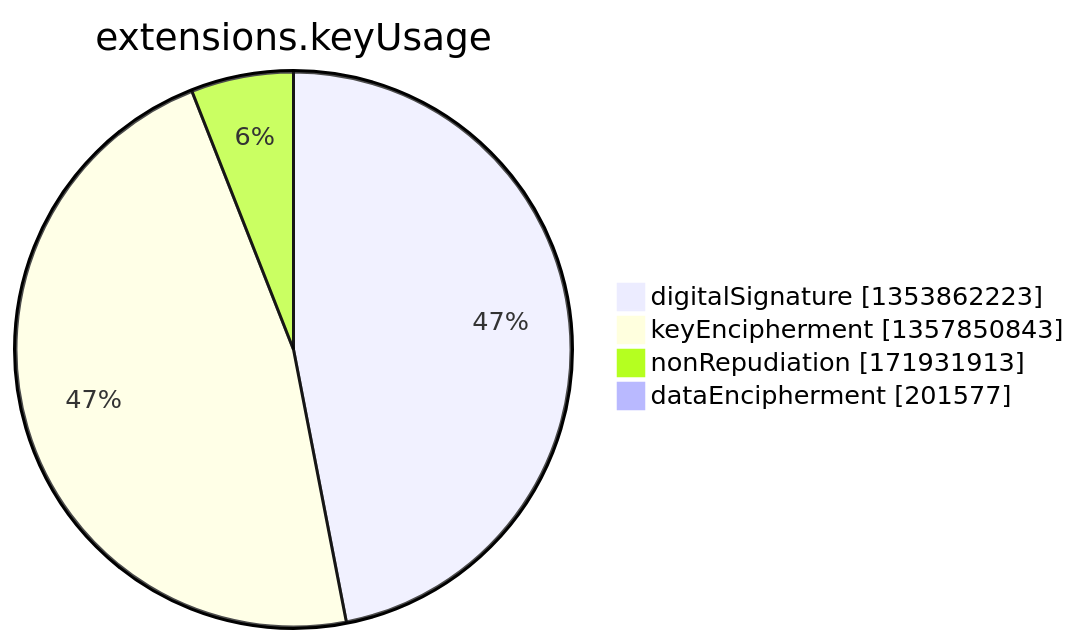
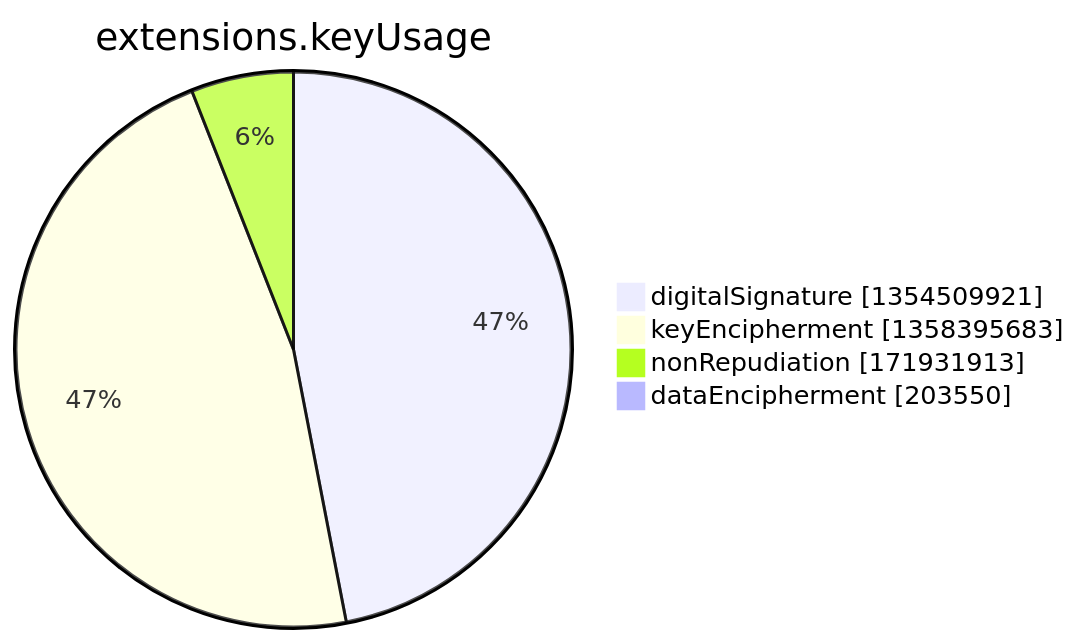
One commit to christiankrug/ctmonitor_visualization changed the seventh of 15 diagrams in argon2022/README.md. Above: the diagram before and after it, drawn with Mermaid. The commit also changed other lines of this file, not shown here.

````diff
--- a/argon2022/README.md
+++ b/argon2022/README.md
@@ -2750,8 +2750,8 @@
 ```mermaid
 pie showData
 title extensions.keyUsage
-"digitalSignature" :1353862223
-"keyEncipherment" :1357850843
+"digitalSignature" :1354509921
+"keyEncipherment" :1358395683
 "nonRepudiation" :171931913
-"dataEncipherment" :201577
+"dataEncipherment" :203550
 ```
````
